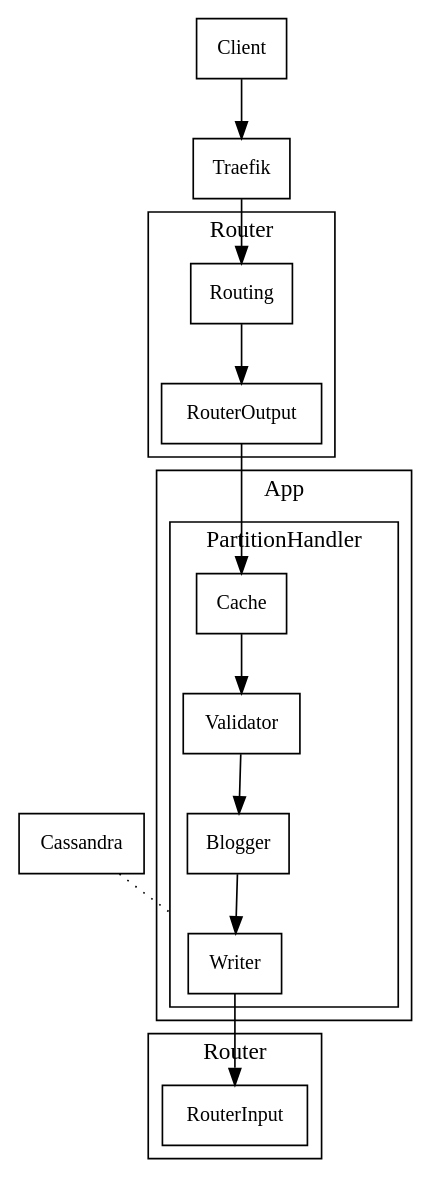
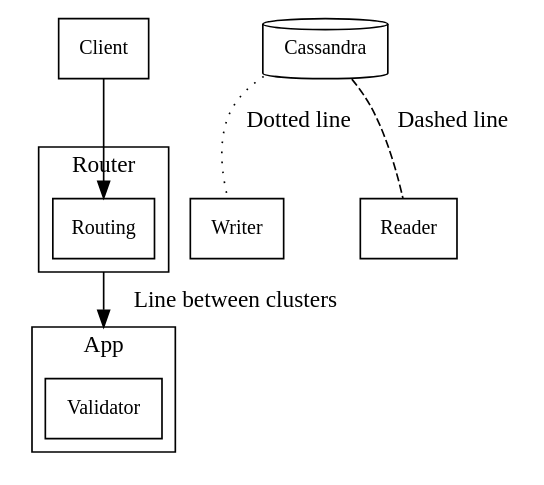
Before and after one commit to untillpro/diagrams: the diagram in flow.md, drawn with Graphviz. The commit also changed other lines of this file, not shown here.

````diff
--- a/flow.md
+++ b/flow.md
@@ -1,39 +1,23 @@
 ```dot
 digraph graphname {
     node [ fontname = "Cambria" shape = "rect" fontsize = 12]
     compound=true
 
-    subgraph cluster_router_out {
+    subgraph cluster_router {
         label = "Router"
         Routing
-        RouterOutput
     }
     subgraph cluster_app {
         label = "App";
-        subgraph cluster_ph{
-            label = "PartitionHandler"
-            Cache
-            Validator
-            Blogger
-            Writer
-        }
-    }
-    subgraph cluster_router_in {
-        label = "Router"
-        RouterInput
+        Validator
     }
 
-    Cassandra
+    Cassandra[shape=cylinder]
 
-    Client -> Traefik
-    Traefik -> Routing
-    Routing -> RouterOutput
+    Client -> Routing
+    Routing -> Validator [label="Line between clusters" ltail=cluster_router lhead=cluster_app]
 
-    RouterOutput-> Cache
-    Cache -> Validator
-    Validator -> Blogger
-    Blogger -> Writer
-    Writer -> RouterInput
-    Cassandra -> Writer  [style=dotted dir=none lhead=cluster_ph]
+    Cassandra -> Writer [label="Dotted line" style=dotted dir=none]
+    Cassandra -> Reader [label="Dashed line" style=dashed dir=none]    
 }
 ```
````
